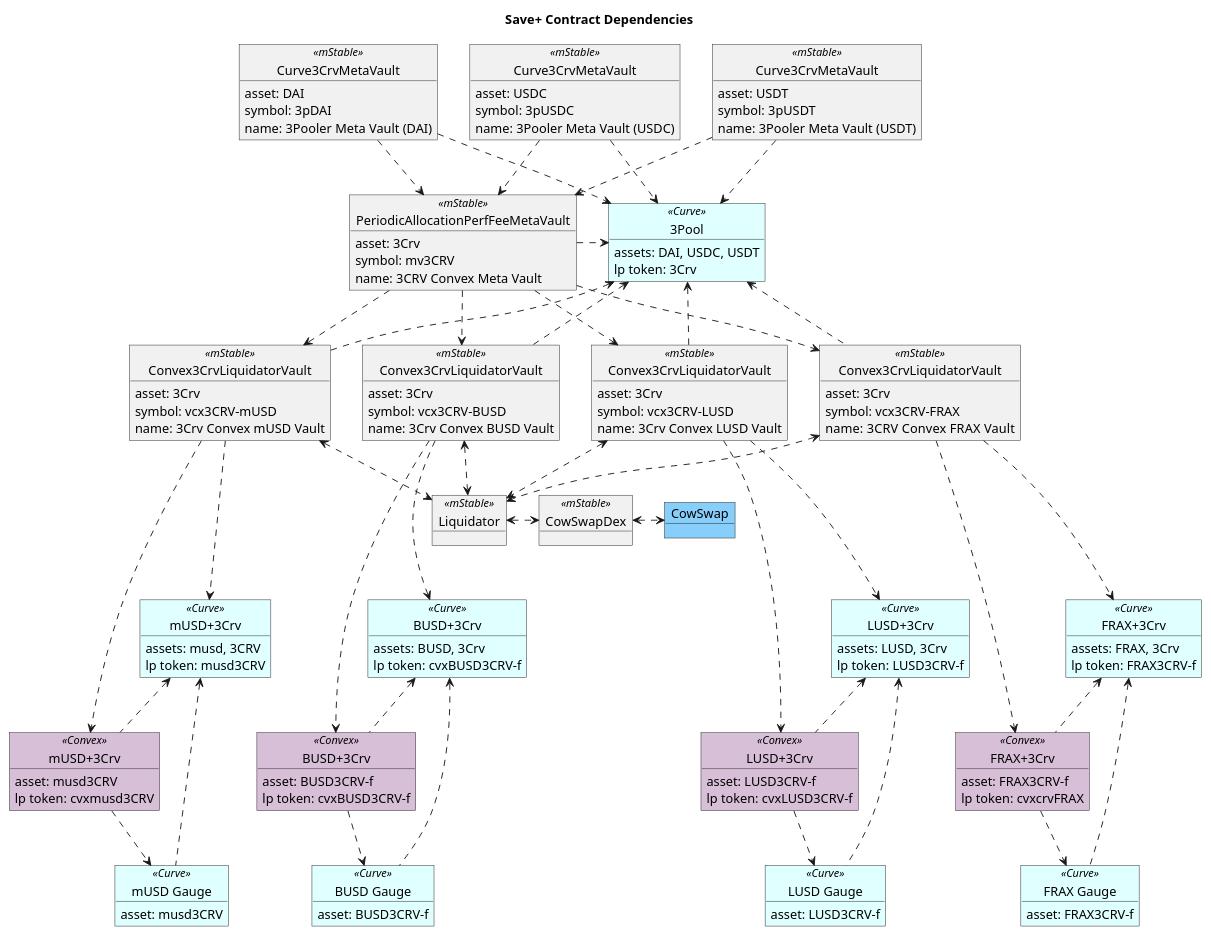
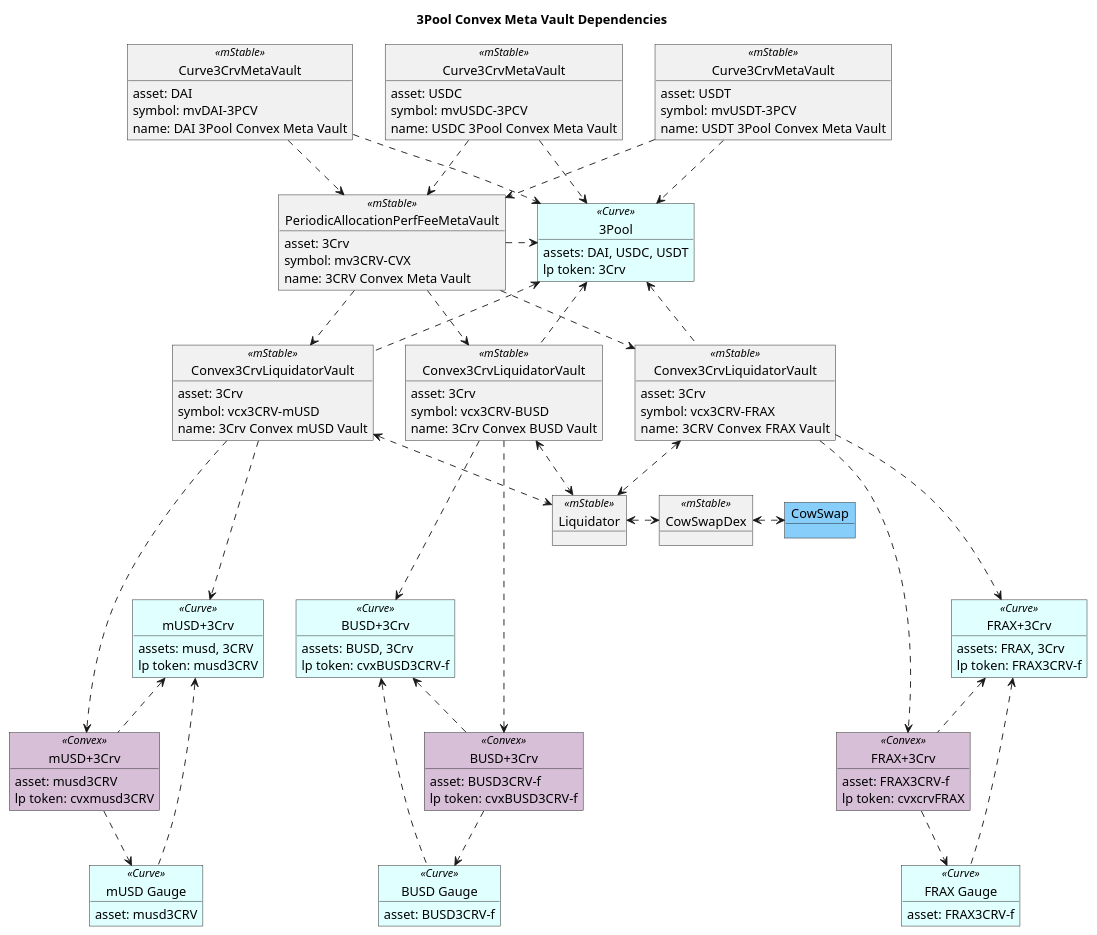
The diagram in vaults/savePlusDeployment.puml (mstable/mStable-process-docs), drawn with PlantUML before and after one commit. The commit also changed 1 other file, not shown here.

Commit message:
chore: updated 3Crv Convex vault symbols and names

```diff
--- a/vaults/savePlusDeployment.puml
+++ b/vaults/savePlusDeployment.puml
@@ -1,28 +1,28 @@
 @startuml
 
-title "Save+ Contract Dependencies"
+title "3Pool Convex Meta Vault Dependencies"
 
 object "Curve3CrvMetaVault" as mv1 <<mStable>> {
     asset: DAI
-    symbol: 3pDAI
-    name: 3Pooler Meta Vault (DAI)
+    symbol: mvDAI-3PCV
+    name: DAI 3Pool Convex Meta Vault
 }
 
 object "Curve3CrvMetaVault" as mv2 <<mStable>> {
     asset: USDC
-    symbol: 3pUSDC
-    name: 3Pooler Meta Vault (USDC)
+    symbol: mvUSDC-3PCV
+    name: USDC 3Pool Convex Meta Vault
 }
 
 object "Curve3CrvMetaVault" as mv3 <<mStable>> {
     asset: USDT
-    symbol: 3pUSDT
-    name: 3Pooler Meta Vault (USDT)
+    symbol: mvUSDT-3PCV
+    name: USDT 3Pool Convex Meta Vault
 }
 
 object "PeriodicAllocationPerfFeeMetaVault" as mv4 <<mStable>> {
     asset: 3Crv
-    symbol: mv3CRV
+    symbol: mv3CRV-CVX
     name: 3CRV Convex Meta Vault
 }
 
@@ -44,11 +44,11 @@
     name: 3Crv Convex BUSD Vault
 }
 
-object "Convex3CrvLiquidatorVault" as bv4 <<mStable>> {
-    asset: 3Crv
-    symbol: vcx3CRV-LUSD
-    name: 3Crv Convex LUSD Vault
-}
+' object "Convex3CrvLiquidatorVault" as bv4 <<mStable>> {
+'     asset: 3Crv
+'     symbol: vcx3CRV-LUSD
+'     name: 3Crv Convex LUSD Vault
+' }
 
 ' class "Convex3CrvLiquidatorVault" as bv5 <<mStable>> {
 '     asset: 3Crv
@@ -89,11 +89,11 @@
     lp token: cvxBUSD3CRV-f
 }
 
-object "LUSD+3Crv" as lusd3Crv <<Curve>> #LightCyan {
-    ' pool: USDP+3Crv
-    assets: LUSD, 3Crv
-    lp token: LUSD3CRV-f
-}
+' object "LUSD+3Crv" as lusd3Crv <<Curve>> #LightCyan {
+'     ' pool: USDP+3Crv
+'     assets: LUSD, 3Crv
+'     lp token: LUSD3CRV-f
+' }
 
 object "FRAX+3Crv" as cvx1 <<Convex>> #Thistle {
     ' pool: FRAX+3Crv
@@ -113,11 +113,11 @@
     lp token: cvxBUSD3CRV-f
 }
 
-object "LUSD+3Crv" as cvx4 <<Convex>> #Thistle {
-    ' pool: USDP+3Crv
-    asset: LUSD3CRV-f
-    lp token: cvxLUSD3CRV-f
-}
+' object "LUSD+3Crv" as cvx4 <<Convex>> #Thistle {
+'     ' pool: USDP+3Crv
+'     asset: LUSD3CRV-f
+'     lp token: cvxLUSD3CRV-f
+' }
 
 ' object "sUSD+3Crv" as cvx5 <<Convex>> #Thistle {
 '     ' pool: USDP+3Crv
@@ -137,9 +137,9 @@
     asset: BUSD3CRV-f
 }
 
-object "LUSD Gauge" as cg4 <<Curve>> #LightCyan {
-    asset: LUSD3CRV-f
-}
+' object "LUSD Gauge" as cg4 <<Curve>> #LightCyan {
+'     asset: LUSD3CRV-f
+' }
 
 ' object "sUSD Gauge" as cg5 <<Curve>> #LightCyan {
 '     asset: crvPlain3andSUSD
@@ -158,49 +158,49 @@
 mv4 ..> bv1
 mv4 ..> bv2
 mv4 ..> bv3
-mv4 ..> bv4
+' mv4 ..> bv4
 ' mv4 ..> bv5
 
 bv1 <..> l
 bv2 <..> l
 bv3 <..> l
-bv4 <..> l
+' bv4 <..> l
 ' bv5 <..> al
 
 bv1 ....> cvx1
 bv2 ....> cvx2
 bv3 ....> cvx3
-bv4 ....> cvx4
+' bv4 ....> cvx4
 ' bv5 ...> cvx5
 
 bv1 ...> frax3Crv
 bv2 ...> musd3Crv
 bv3 ...> busd3Crv
-bv4 ...> lusd3Crv
+' bv4 ...> lusd3Crv
 ' bv5 ...> sUSD3Crv
 
 3p <.. bv1
 3p <.. bv2
 3p <.. bv3
-3p <.. bv4
+' 3p <.. bv4
 ' 3p <.. bv5
 
 cvx1 ..> cg1
 cvx2 ..> cg2
 cvx3 ..> cg3
-cvx4 ..> cg4
+' cvx4 ..> cg4
 ' cvx5 ..> cg5
 
 frax3Crv <... cg1
 musd3Crv <... cg2
 busd3Crv <... cg3
-lusd3Crv <... cg4
+' lusd3Crv <... cg4
 ' sUSD3Crv <... cg5
 
 frax3Crv <.. cvx1
 musd3Crv <.. cvx2
 busd3Crv <.. cvx3
-lusd3Crv <.. cvx4
+' lusd3Crv <.. cvx4
 ' sUSD3Crv <... cvx5
 
 l <.> css
```
